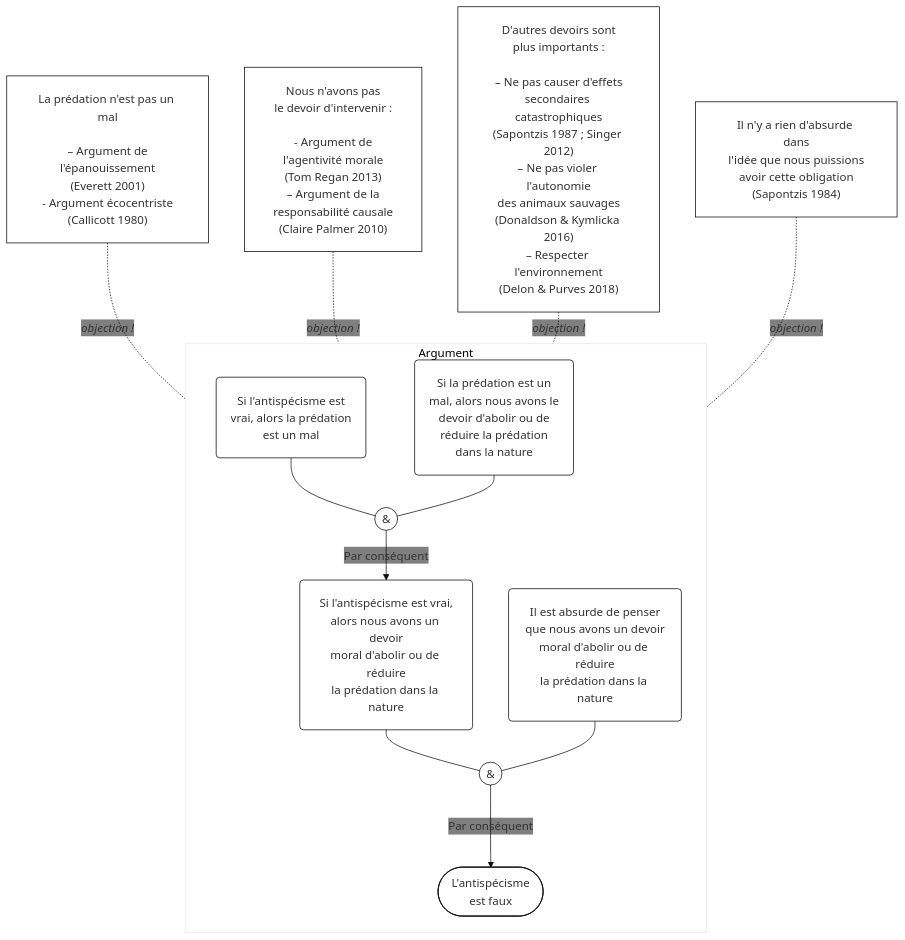
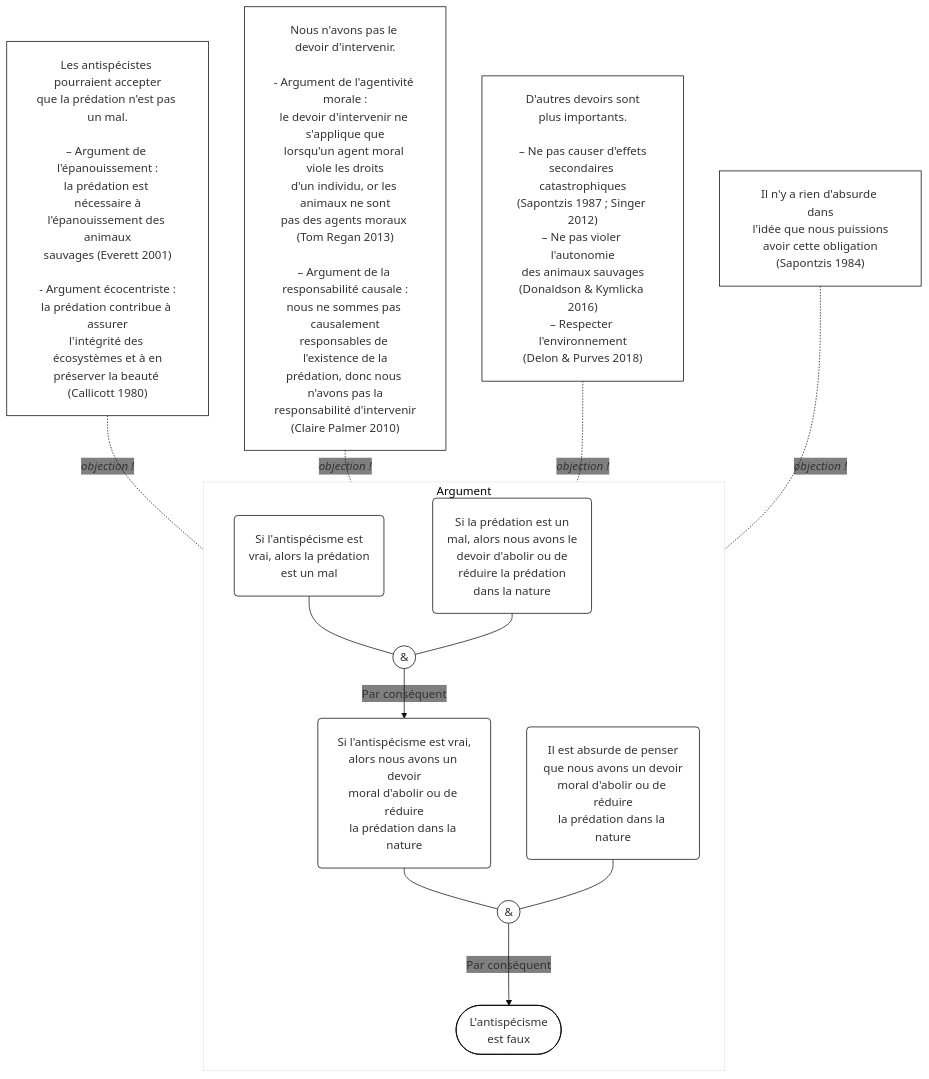
One commit to eyssette/arguments changed the diagram in argument-predation-objections.mmd. Above: the diagram before and after it, drawn with Mermaid. The commit also changed 1 other file, not shown here.

Commit message:
Update : Objections contre l'argument de la prédation

```diff
--- a/argument-predation-objections.mmd
+++ b/argument-predation-objections.mmd
@@ -1,79 +1,89 @@
 %%{init: {"theme":"base","themeCSS": "#Argument rect{stroke:transparent; fill:#e5e5e5} #Argument span {color:transparent} .edgeLabel{color:#888; font-size:0.9em; margin-right:3px} .edgeLabel i{color:crimson} .edge-pattern-dotted{stroke:crimson} .edge-pattern-solid{stroke:green} #flowchart-pointEnd{fill:green}  g[id*=\"O\"] *{stroke:crimson!important; font-size:0.95em} circle+g span{color:white; } circle{fill:green!important} g[id*=\"C\"] * {fill:black;color:white;font-weight:bold}","themeVariables":{"secondaryColor":"transparent","primaryColor":"white","primaryBorderColor":"black"},"flowchart":{"htmlLabels":true,"padding":20,"rankSpacing":20}} }%%
 flowchart TB
 %%accTitle: Titre
 %%accDescr: Description
 subgraph Argument
 direction TB
 %% 1("Prémisse")
 %% Pour utiliser les guillemets dans une prémisse : #quot;
 %% 1 -->|Par conséquent|2
 %% 1 & 2 --- PL1((&))
 %% C(["Conclusion"])
 1("Si l'antispécisme est
 vrai, alors la prédation
 est un mal")
 2("Si la prédation est un
 mal, alors nous avons le
 devoir d'abolir ou de
 réduire la prédation
 dans la nature")
 3("Si l'antispécisme est vrai,
 alors nous avons un devoir
 moral d'abolir ou de réduire
 la prédation dans la nature")
 4("Il est absurde de penser
 que nous avons un devoir
 moral d'abolir ou de réduire
 la prédation dans la nature")
 
 1 & 2 --- PL1((&))
 PL1-->|Par conséquent|3
 3 & 4 --- PL2((&))
 PL2--->|Par conséquent|C
 
 C(["L'antispécisme
 est faux"])
 end
 
 %% OBJECTIONS
 %% O1["Objection"]
 %% O1-.-|<i>objection !</i>|3
 
-O1["La prédation n'est pas un mal
+O1["Les antispécistes pourraient accepter
+que la prédation n'est pas un mal.
 
-– Argument de
-l'épanouissement
-(Everett 2001)
-- Argument écocentriste
-(Callicott 1980)"]
+– Argument de l'épanouissement :
+la prédation est nécessaire à
+l'épanouissement des animaux
+sauvages (Everett 2001)
+
+- Argument écocentriste :
+la prédation contribue à assurer
+l'intégrité des écosystèmes et à en
+préserver la beauté (Callicott 1980)"]
 O1-.-|<i>objection !</i>|1
 
-O2a["Nous n'avons pas
-le devoir d'intervenir : 
+O2a["Nous n'avons pas le devoir d'intervenir.
 
-- Argument de
-l'agentivité morale
-(Tom Regan 2013)
-– Argument de la
-responsabilité causale
+- Argument de l'agentivité morale :
+le devoir d'intervenir ne s'applique que
+lorsqu'un agent moral viole les droits
+d'un individu, or les animaux ne sont
+pas des agents moraux (Tom Regan 2013)
+
+– Argument de la responsabilité causale :
+nous ne sommes pas causalement
+responsables de l'existence de la
+prédation, donc nous n'avons pas la
+responsabilité d'intervenir
 (Claire Palmer 2010)"]
 O2a-.-|<i>objection !</i>|2
 
 O2b["D'autres devoirs sont
-plus importants :
+plus importants.
 
 – Ne pas causer d'effets
 secondaires catastrophiques
 (Sapontzis 1987 ; Singer 2012)
 – Ne pas violer l'autonomie
 des animaux sauvages
 (Donaldson & Kymlicka 2016)
 – Respecter l'environnement
 (Delon & Purves 2018)"]
 O2b-.-|<i>objection !</i>|2
 
 O3["Il n'y a rien d'absurde dans
 l'idée que nous puissions
 avoir cette obligation
 (Sapontzis 1984)"]
 O3-.-|<i>objection !</i>|4
```
